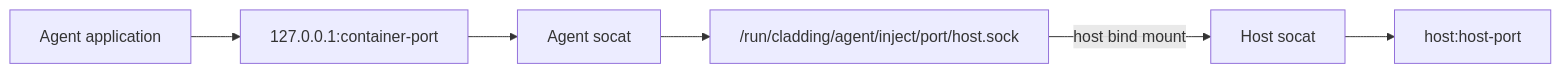
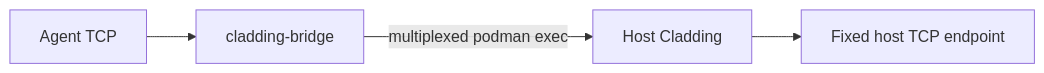
The second of 9 diagrams in docs/features/cladding-bridge/proposal.md (dstoc/cladding), drawn with Mermaid before and after one commit. The commit also changed other lines of this file and 3 other files, not shown here.

First line of the commit message:
docs: align bridge and inject architecture (#111)

````diff
--- a/docs/features/cladding-bridge/proposal.md
+++ b/docs/features/cladding-bridge/proposal.md
@@ -46,8 +36,6 @@
 ```mermaid
 flowchart LR
-    App["Agent application"] --> Listener["127.0.0.1:container-port"]
-    Listener --> AgentSocat["Agent socat"]
-    AgentSocat --> Socket["/run/cladding/agent/inject/port/host.sock"]
-    Socket -->|"host bind mount"| HostSocat["Host socat"]
-    HostSocat --> Target["host:host-port"]
+    Agent["Agent TCP"] --> Bridge["cladding-bridge"]
+    Bridge -->|"multiplexed podman exec"| Host["Host Cladding"]
+    Host --> Target["Fixed host TCP endpoint"]
 ```
````
